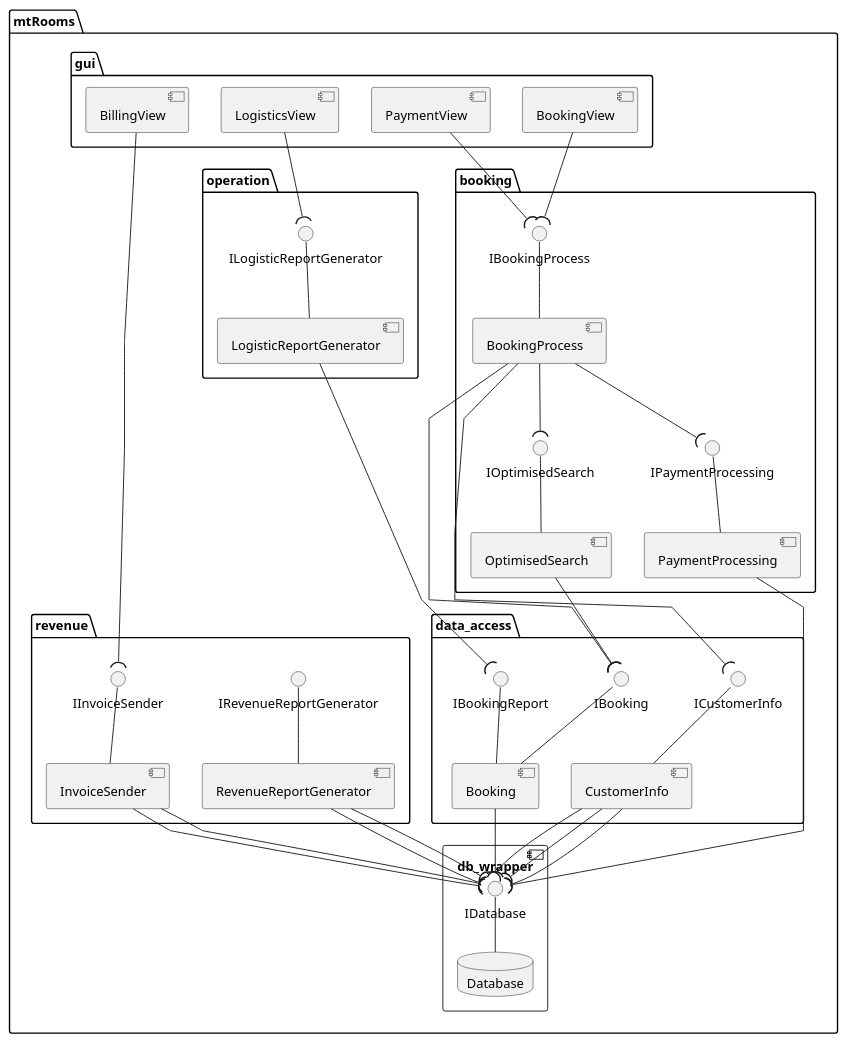
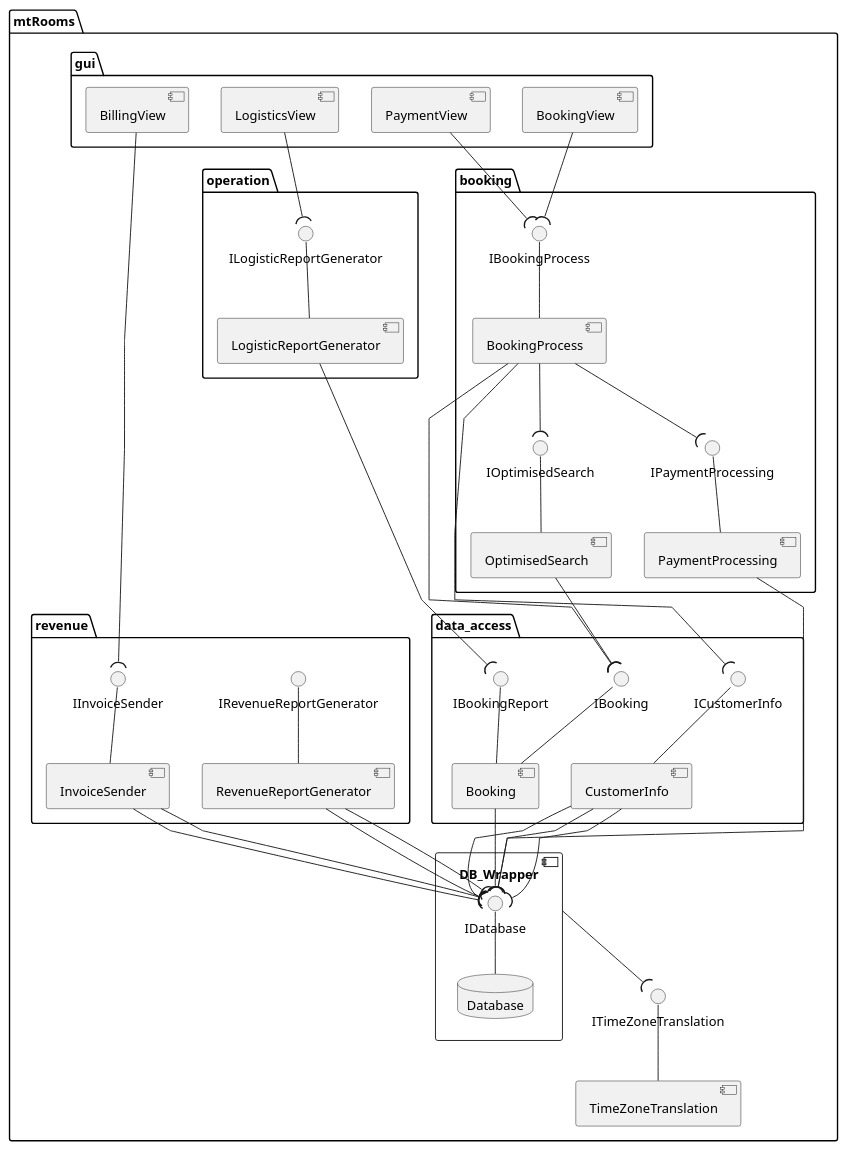
The diagram in docs/uml/architecture.puml (BBKbeam/mtRooms), drawn with PlantUML before and after one commit.

Commit message:
[UML] Added component for dealing with multiple time zones

```diff
--- a/docs/uml/architecture.puml
+++ b/docs/uml/architecture.puml
@@ -1,88 +1,95 @@
 @startuml
 
 'skinparam linetype ortho
 skinparam linetype polyline
 
 package mtRooms {
     package "gui" {
         [BillingView]
         [LogisticsView]
         [BookingView]
         [PaymentView]
     }
 
     package "booking" {
         interface IBookingProcess
         [BookingProcess]
         interface IOptimisedSearch
         [OptimisedSearch]
         interface IPaymentProcessing
         [PaymentProcessing]
 
         IBookingProcess -- BookingProcess
         IOptimisedSearch -- OptimisedSearch
 
         BookingProcess --( IOptimisedSearch
     }
 
     package "data_access" {
         interface IBooking
         interface IBookingReport
         [Booking]
         interface ICustomerInfo
         [CustomerInfo]
 
         IBooking -- Booking
         IBookingReport -- Booking
         ICustomerInfo -- CustomerInfo
         IPaymentProcessing -- PaymentProcessing
     }
 
     package "revenue" {
         [RevenueReportGenerator]
         interface IRevenueReportGenerator
         [InvoiceSender]
         interface IInvoiceSender
 
         IRevenueReportGenerator -- RevenueReportGenerator
         IInvoiceSender -- InvoiceSender
     }
 
     package "operation" {
         [LogisticReportGenerator]
         interface ILogisticReportGenerator
 
         ILogisticReportGenerator -- LogisticReportGenerator
     }
 
-    component db_wrapper {
+    component DB_Wrapper {
         interface IDatabase
         database Database
 
         IDatabase -- Database
     }
+    
+    interface ITimeZoneTranslation
+    [TimeZoneTranslation]
+    ITimeZoneTranslation -- TimeZoneTranslation
+    
+    DB_Wrapper --( ITimeZoneTranslation
+    
 
     IInvoiceSender )-up- BillingView
     ILogisticReportGenerator )-up- LogisticsView
     BookingView --( IBookingProcess
     PaymentView --( IBookingProcess
 
     BookingProcess --( IPaymentProcessing
     BookingProcess --( IBooking
     BookingProcess --( ICustomerInfo
     OptimisedSearch --( IBooking
 
     Booking --( IDatabase
     CustomerInfo --( IDatabase
     CustomerInfo --( IDatabase
     CustomerInfo --( IDatabase
 
     PaymentProcessing --( IDatabase
     LogisticReportGenerator --( IBookingReport
     InvoiceSender --( IDatabase
     InvoiceSender --( IDatabase
     RevenueReportGenerator --( IDatabase
     RevenueReportGenerator --( IDatabase
 }
 
 @enduml
```
